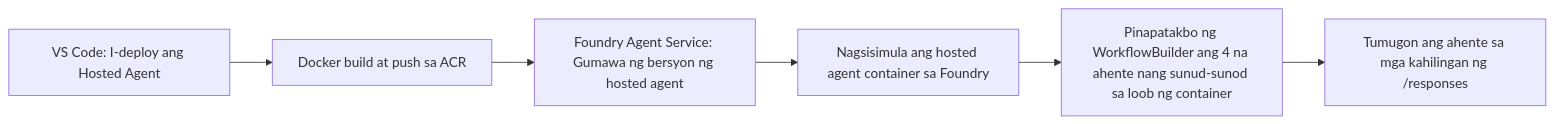
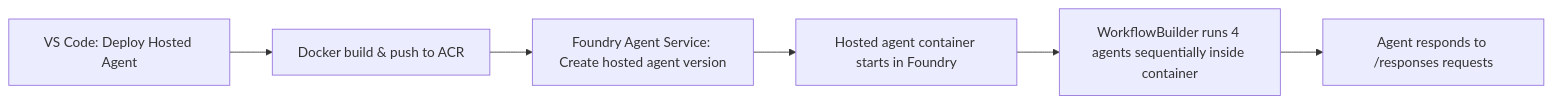
Before and after one commit to microsoft-foundry/Foundry_Toolkit_for_VSCode_Lab: the diagram in translations/tl/workshop/lab02-multi-agent/docs/06-deploy-to-foundry.md, drawn with Mermaid. The commit also changed other lines of this file and 73 other files, not shown here.

````diff
--- a/translations/tl/workshop/lab02-multi-agent/docs/06-deploy-to-foundry.md
+++ b/translations/tl/workshop/lab02-multi-agent/docs/06-deploy-to-foundry.md
@@ -11,8 +11,8 @@
 ```mermaid
 flowchart LR
-    A[VS Code: I-deploy ang Hosted Agent] --> B[Docker build at push sa ACR]
-    B --> C[Foundry Agent Service: Gumawa ng bersyon ng hosted agent]
-    C --> D[Nagsisimula ang hosted agent container sa Foundry]
-    D --> E[Pinapatakbo ng WorkflowBuilder ang 4 na ahente nang sunud-sunod sa loob ng container]
-    E --> F[Tumugon ang ahente sa mga kahilingan ng /responses]
+    A[VS Code: Deploy Hosted Agent] --> B[Docker build & push to ACR]
+    B --> C[Foundry Agent Service: Create hosted agent version]
+    C --> D[Hosted agent container starts in Foundry]
+    D --> E[WorkflowBuilder runs 4 agents sequentially inside container]
+    E --> F[Agent responds to /responses requests]
 ```
````
